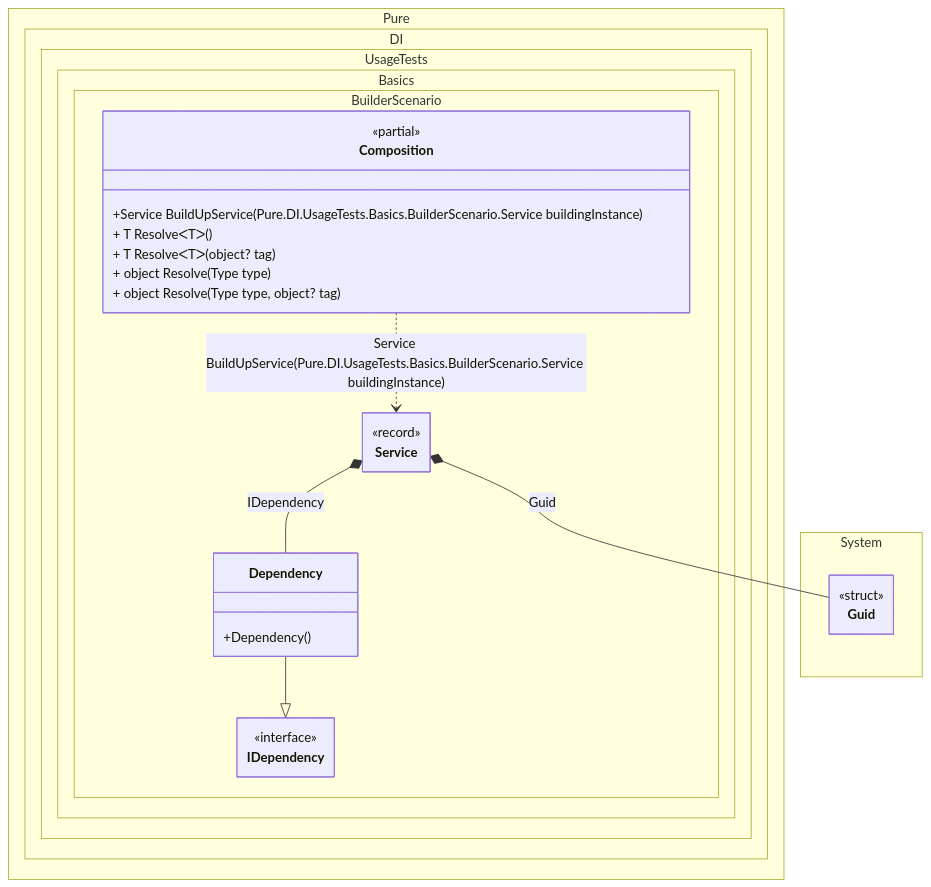
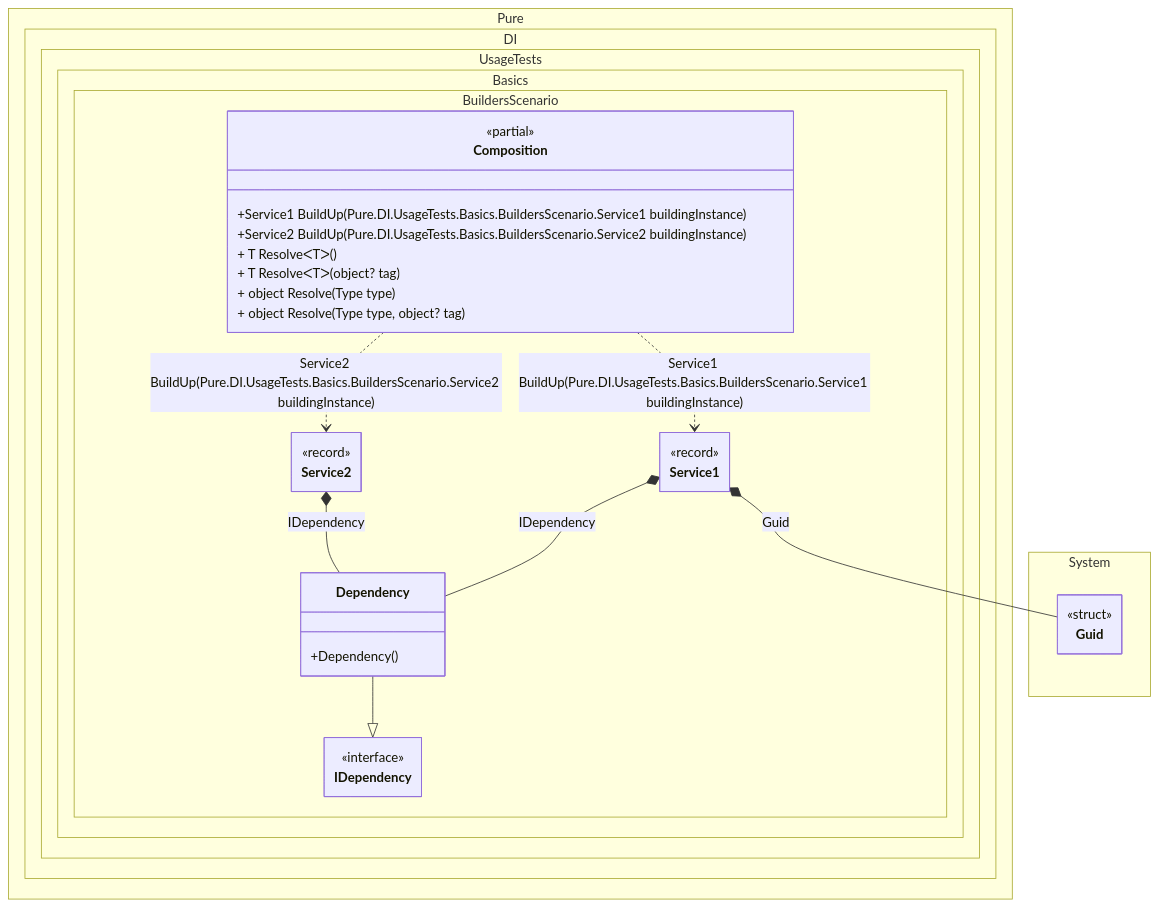
One commit to DevTeam/Pure.DI changed the diagram in readme/builders.md. Above: the diagram before and after it, drawn with Mermaid. The commit also changed other lines of this file and 70 other files, not shown here.

````diff
--- a/readme/builders.md
+++ b/readme/builders.md
@@ -153,36 +178,42 @@
 ```mermaid
 ---
  config:
   class:
    hideEmptyMembersBox: true
 ---
 classDiagram
 	Dependency --|> IDependency
-	Composition ..> Service : Service BuildUpService(Pure.DI.UsageTests.Basics.BuilderScenario.Service buildingInstance)
-	Service *--  Dependency : IDependency
-	Service *--  Guid : Guid
-	namespace Pure.DI.UsageTests.Basics.BuilderScenario {
+	Composition ..> Service2 : Service2 BuildUp(Pure.DI.UsageTests.Basics.BuildersScenario.Service2 buildingInstance)
+	Composition ..> Service1 : Service1 BuildUp(Pure.DI.UsageTests.Basics.BuildersScenario.Service1 buildingInstance)
+	Service2 *--  Dependency : IDependency
+	Service1 *--  Dependency : IDependency
+	Service1 *--  Guid : Guid
+	namespace Pure.DI.UsageTests.Basics.BuildersScenario {
 		class Composition {
 		<<partial>>
-		+Service BuildUpService(Pure.DI.UsageTests.Basics.BuilderScenario.Service buildingInstance)
+		+Service1 BuildUp(Pure.DI.UsageTests.Basics.BuildersScenario.Service1 buildingInstance)
+		+Service2 BuildUp(Pure.DI.UsageTests.Basics.BuildersScenario.Service2 buildingInstance)
 		+ T ResolveᐸTᐳ()
 		+ T ResolveᐸTᐳ(object? tag)
 		+ object Resolve(Type type)
 		+ object Resolve(Type type, object? tag)
 		}
 		class Dependency {
 			+Dependency()
 		}
 		class IDependency {
 			<<interface>>
 		}
-		class Service {
+		class Service1 {
+			<<record>>
+		}
+		class Service2 {
 			<<record>>
 		}
 	}
 	namespace System {
 		class Guid {
 				<<struct>>
 		}
 	}
 ```
````
